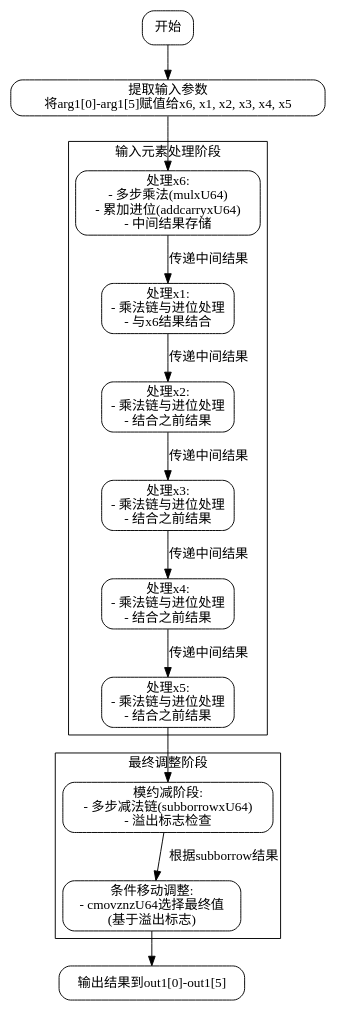
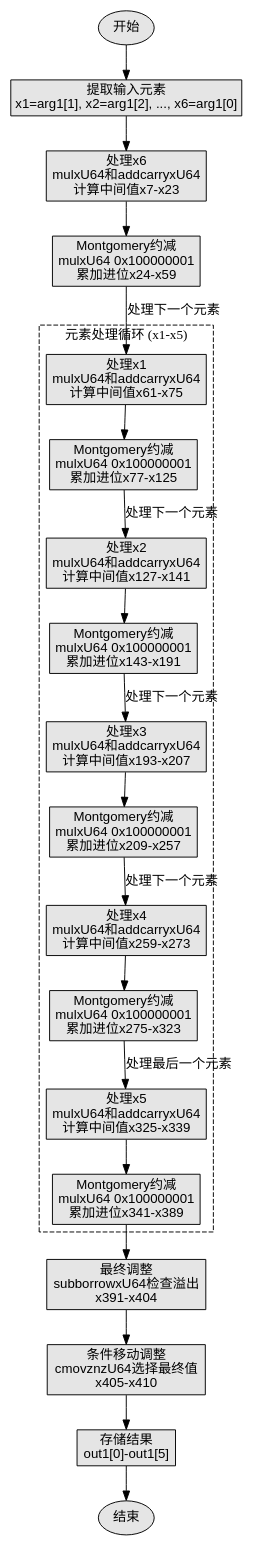
One commit to sdzx-1/deepseek-zig-reader changed the diagram in dot_std/crypto/pcurves/p384/p384_64.zig.toMontgomery.md. Above: the diagram before and after it, drawn with Graphviz. The commit also changed other lines of this file and 236 other files, not shown here.

````diff
--- a/dot_std/crypto/pcurves/p384/p384_64.zig.toMontgomery.md
+++ b/dot_std/crypto/pcurves/p384/p384_64.zig.toMontgomery.md
@@ -35,40 +36,60 @@
-```dot
-digraph flowchart {
-    rankdir=TB;
-    node [shape=rectangle, style=rounded];
+```graphviz
+digraph toMontgomeryFlow {
+    node [shape=rectangle, fontname="Arial", style=filled, fillcolor="#E5E5E5"];
+    edge [fontname="Arial"];
 
-    start [label="开始"];
-    extract_input [label="提取输入参数\n将arg1[0]-arg1[5]赋值给x6, x1, x2, x3, x4, x5"];
-    process_x6 [label="处理x6:\n- 多步乘法(mulxU64)\n- 累加进位(addcarryxU64)\n- 中间结果存储"];
-    process_x1 [label="处理x1:\n- 乘法链与进位处理\n- 与x6结果结合"];
-    process_x2 [label="处理x2:\n- 乘法链与进位处理\n- 结合之前结果"];
-    process_x3 [label="处理x3:\n- 乘法链与进位处理\n- 结合之前结果"];
-    process_x4 [label="处理x4:\n- 乘法链与进位处理\n- 结合之前结果"];
-    process_x5 [label="处理x5:\n- 乘法链与进位处理\n- 结合之前结果"];
-    modular_reduction [label="模约减阶段:\n- 多步减法链(subborrowxU64)\n- 溢出标志检查"];
-    cmov_adj [label="条件移动调整:\n- cmovznzU64选择最终值\n(基于溢出标志)"];
-    output [label="输出结果到out1[0]-out1[5]"];
+    start [label="开始", shape=ellipse];
+    end [label="结束", shape=ellipse];
+
+    extract_input [label="提取输入元素\nx1=arg1[1], x2=arg1[2], ..., x6=arg1[0]"];
+    process_x6 [label="处理x6\nmulxU64和addcarryxU64\n计算中间值x7-x23"];
+    mont_reduce_x6 [label="Montgomery约减\nmulxU64 0x100000001\n累加进位x24-x59"];
+    
+    process_x1 [label="处理x1\nmulxU64和addcarryxU64\n计算中间值x61-x75"];
+    mont_reduce_x1 [label="Montgomery约减\nmulxU64 0x100000001\n累加进位x77-x125"];
+    
+    process_x2 [label="处理x2\nmulxU64和addcarryxU64\n计算中间值x127-x141"];
+    mont_reduce_x2 [label="Montgomery约减\nmulxU64 0x100000001\n累加进位x143-x191"];
+    
+    process_x3 [label="处理x3\nmulxU64和addcarryxU64\n计算中间值x193-x207"];
+    mont_reduce_x3 [label="Montgomery约减\nmulxU64 0x100000001\n累加进位x209-x257"];
+    
+    process_x4 [label="处理x4\nmulxU64和addcarryxU64\n计算中间值x259-x273"];
+    mont_reduce_x4 [label="Montgomery约减\nmulxU64 0x100000001\n累加进位x275-x323"];
+    
+    process_x5 [label="处理x5\nmulxU64和addcarryxU64\n计算中间值x325-x339"];
+    mont_reduce_x5 [label="Montgomery约减\nmulxU64 0x100000001\n累加进位x341-x389"];
+    
+    final_sub [label="最终调整\nsubborrowxU64检查溢出\nx391-x404"];
+    cmov_adj [label="条件移动调整\ncmovznzU64选择最终值\nx405-x410"];
+    store_output [label="存储结果\nout1[0]-out1[5]"];
 
     start -> extract_input;
     extract_input -> process_x6;
-    process_x6 -> process_x1 [label="传递中间结果"];
-    process_x1 -> process_x2 [label="传递中间结果"];
-    process_x2 -> process_x3 [label="传递中间结果"];
-    process_x3 -> process_x4 [label="传递中间结果"];
-    process_x4 -> process_x5 [label="传递中间结果"];
-    process_x5 -> modular_reduction;
-    modular_reduction -> cmov_adj [label="根据subborrow结果"];
-    cmov_adj -> output;
+    process_x6 -> mont_reduce_x6;
     
-    // 结构分组
-    subgraph cluster_process {
-        label="输入元素处理阶段";
-        process_x6; process_x1; process_x2; process_x3; process_x4; process_x5;
-    }
+    mont_reduce_x6 -> process_x1 [label="处理下一个元素"];
+    process_x1 -> mont_reduce_x1;
+    mont_reduce_x1 -> process_x2 [label="处理下一个元素"];
+    process_x2 -> mont_reduce_x2;
+    mont_reduce_x2 -> process_x3 [label="处理下一个元素"];
+    process_x3 -> mont_reduce_x3;
+    mont_reduce_x3 -> process_x4 [label="处理下一个元素"];
+    process_x4 -> mont_reduce_x4;
+    mont_reduce_x4 -> process_x5 [label="处理最后一个元素"];
+    process_x5 -> mont_reduce_x5;
     
-    subgraph cluster_final {
-        label="最终调整阶段";
-        modular_reduction; cmov_adj;
+    mont_reduce_x5 -> final_sub;
+    final_sub -> cmov_adj;
+    cmov_adj -> store_output;
+    store_output -> end;
+    
+    // 隐式循环结构标注
+    subgraph cluster_loop {
+        label="元素处理循环 (x1-x5)";
+        style=dashed;
+        process_x1; process_x2; process_x3; process_x4; process_x5;
+        mont_reduce_x1; mont_reduce_x2; mont_reduce_x3; mont_reduce_x4; mont_reduce_x5;
     }
 }
 ```
````
